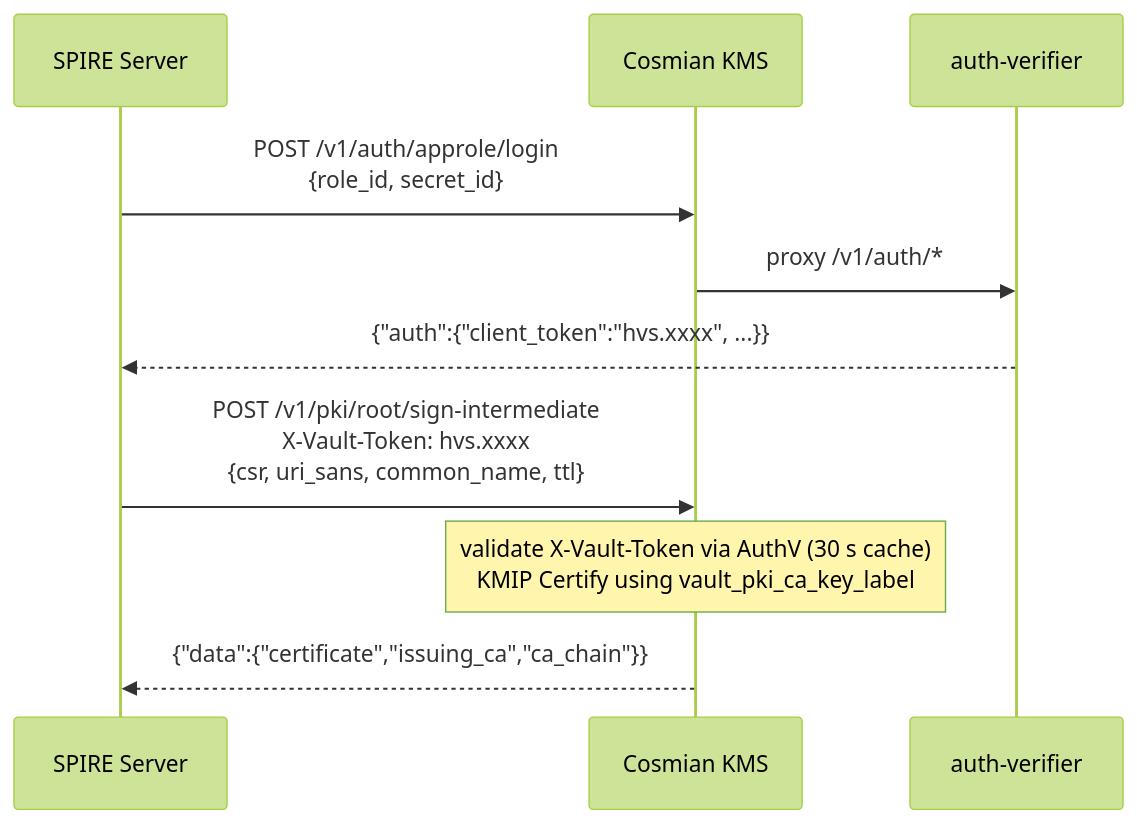
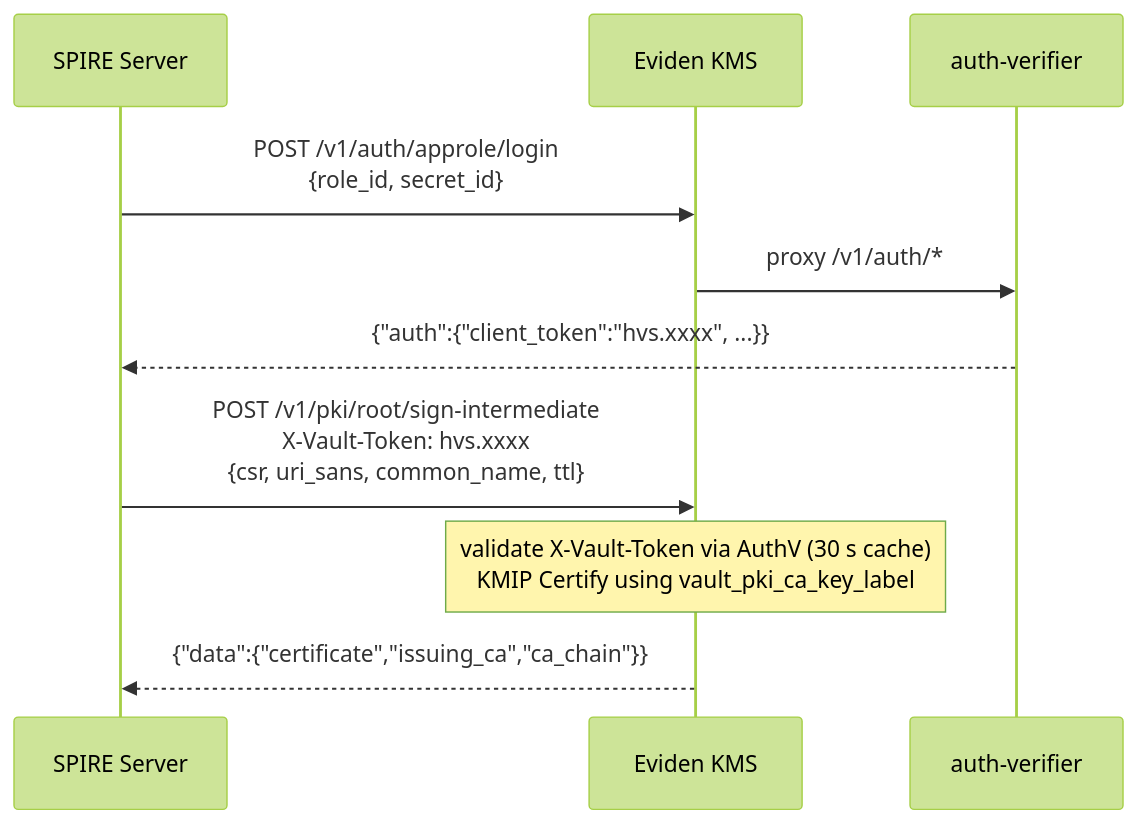
One commit to Cosmian/kms changed the fourth of 7 diagrams in documentation/docs/integrations/spire_spiffe.md. Above: the diagram before and after it, drawn with Mermaid (forest theme). The commit also changed other lines of this file and 10 other files, not shown here.

````diff
--- a/documentation/docs/integrations/spire_spiffe.md
+++ b/documentation/docs/integrations/spire_spiffe.md
@@ -421,13 +421,13 @@
 ```mermaid
 sequenceDiagram
     participant Server as SPIRE Server
-    participant KMS as Cosmian KMS
+    participant KMS as Eviden KMS
     participant AuthV as auth-verifier
 
     Server->>KMS: POST /v1/auth/approle/login<br/>{role_id, secret_id}
     KMS->>AuthV: proxy /v1/auth/*
     AuthV-->>Server: {"auth":{"client_token":"hvs.xxxx", ...}}
     Server->>KMS: POST /v1/pki/root/sign-intermediate<br/>X-Vault-Token: hvs.xxxx<br/>{csr, uri_sans, common_name, ttl}
     Note over KMS: validate X-Vault-Token via AuthV (30 s cache)<br/>KMIP Certify using vault_pki_ca_key_label
     KMS-->>Server: {"data":{"certificate","issuing_ca","ca_chain"}}
 ```
````
